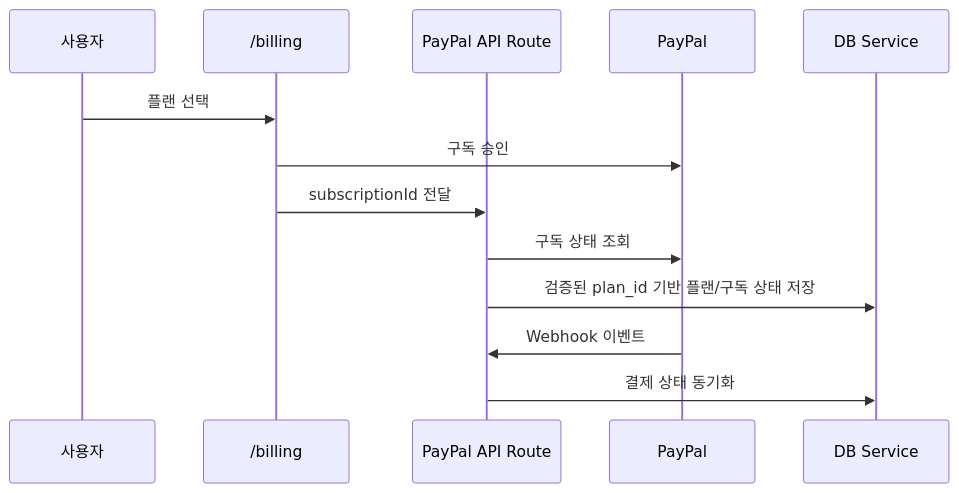
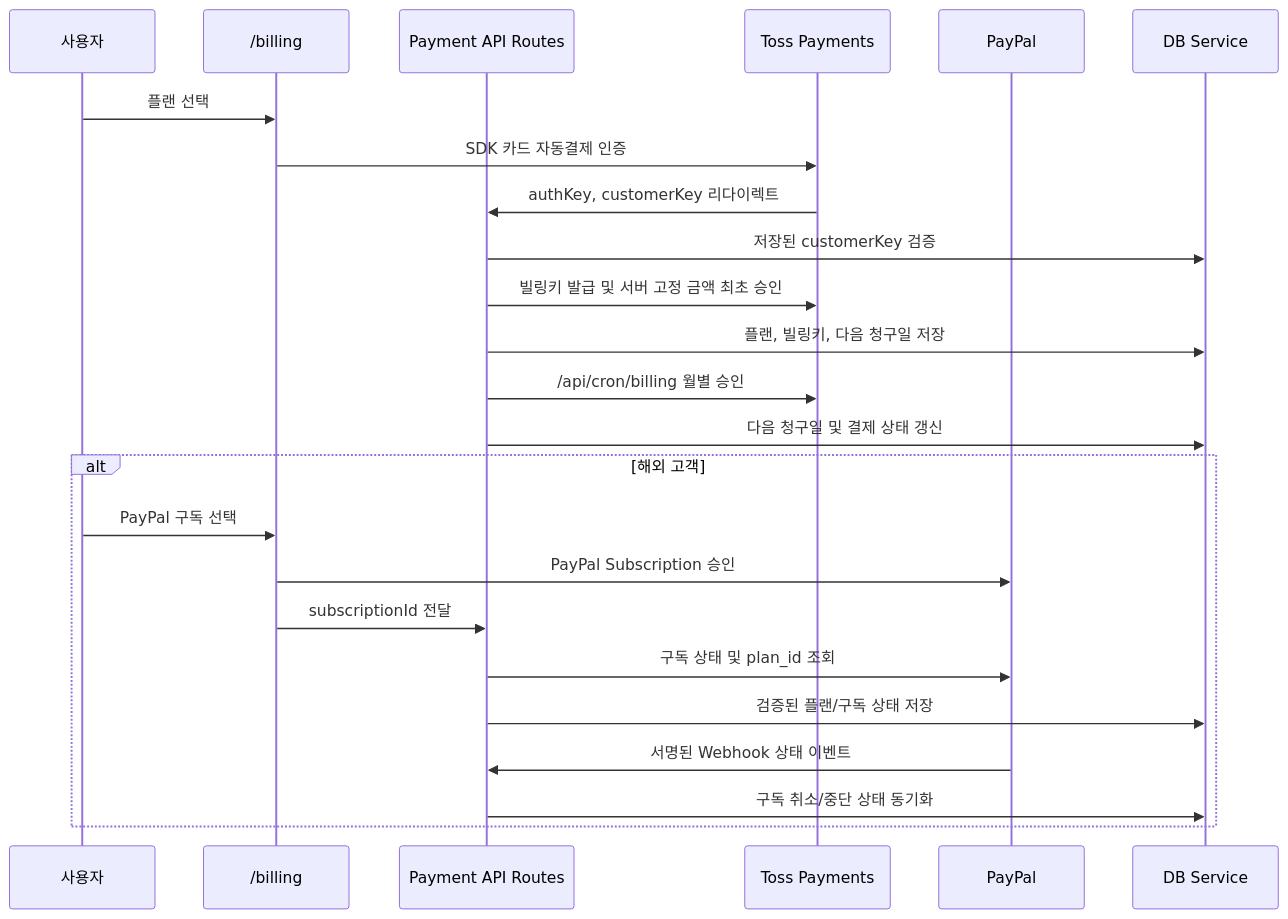
The sixth of 7 diagrams in SYSTEM_ARCHITECTURE.md (MCuffs/snsagent), drawn with Mermaid before and after one commit. The commit also changed other lines of this file and 24 other files, not shown here.

Commit message:
feat: add toss billing alongside international paypal

````diff
--- a/SYSTEM_ARCHITECTURE.md
+++ b/SYSTEM_ARCHITECTURE.md
@@ -162,16 +162,28 @@
 ```mermaid
 sequenceDiagram
     participant U as 사용자
     participant UI as /billing
-    participant API as PayPal API Route
+    participant API as Payment API Routes
+    participant TP as Toss Payments
     participant PP as PayPal
     participant DB as DB Service
 
     U->>UI: 플랜 선택
-    UI->>PP: 구독 승인
-    UI->>API: subscriptionId 전달
-    API->>PP: 구독 상태 조회
-    API->>DB: 검증된 plan_id 기반 플랜/구독 상태 저장
-    PP->>API: Webhook 이벤트
-    API->>DB: 결제 상태 동기화
+    UI->>TP: SDK 카드 자동결제 인증
+    TP->>API: authKey, customerKey 리다이렉트
+    API->>DB: 저장된 customerKey 검증
+    API->>TP: 빌링키 발급 및 서버 고정 금액 최초 승인
+    API->>DB: 플랜, 빌링키, 다음 청구일 저장
+    API->>TP: /api/cron/billing 월별 승인
+    API->>DB: 다음 청구일 및 결제 상태 갱신
+
+    alt 해외 고객
+        U->>UI: PayPal 구독 선택
+        UI->>PP: PayPal Subscription 승인
+        UI->>API: subscriptionId 전달
+        API->>PP: 구독 상태 및 plan_id 조회
+        API->>DB: 검증된 플랜/구독 상태 저장
+        PP->>API: 서명된 Webhook 상태 이벤트
+        API->>DB: 구독 취소/중단 상태 동기화
+    end
 ```
````
